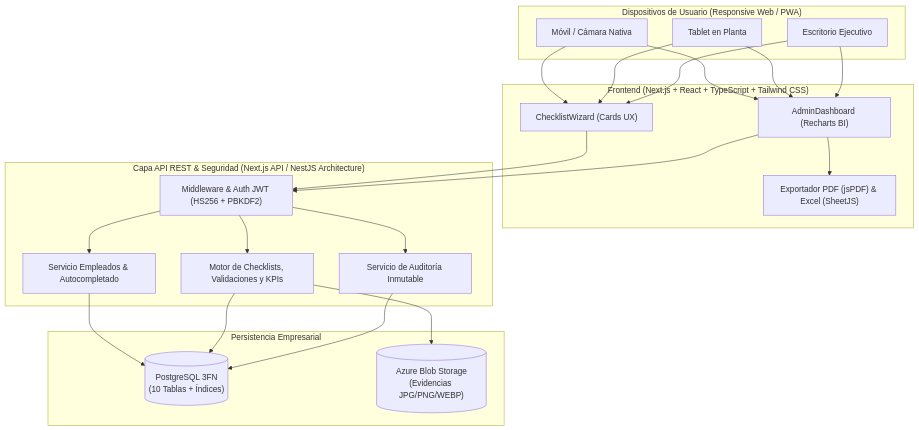
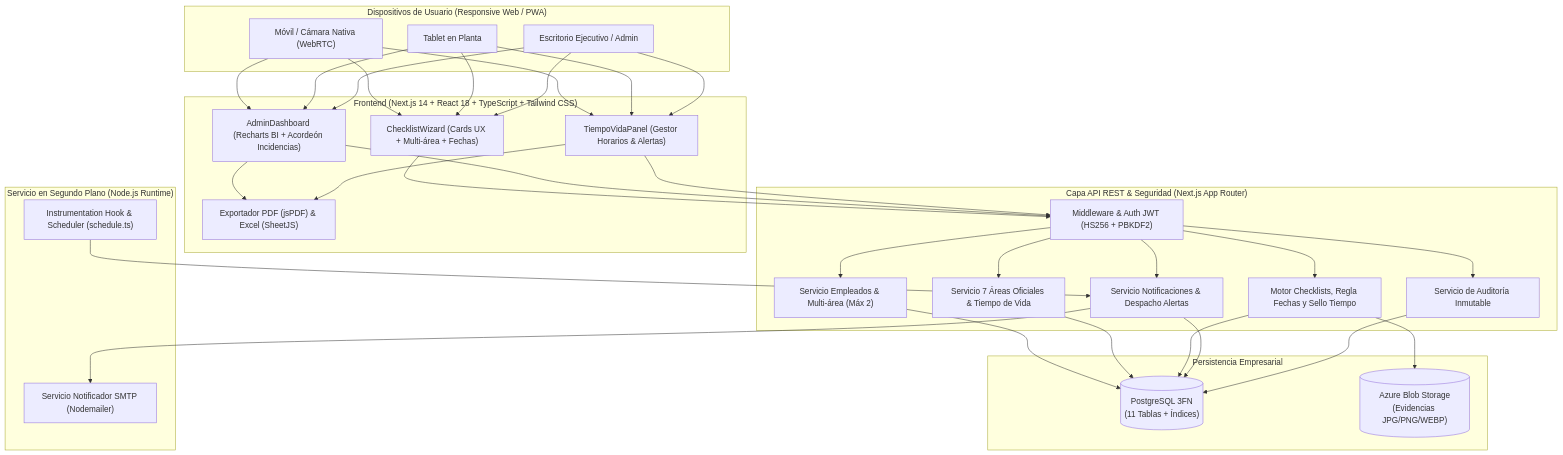
One commit to alexteori14/CheckList changed the first of 3 diagrams in DOCUMENTACION_ARQUITECTURA.md. Above: the diagram before and after it, drawn with Mermaid. The commit also changed other lines of this file and 3 other files, not shown here.

Commit message:
docs: actualizar memoria, modelo ER y documentacion arquitectonica con las 7 areas, multi-area, politicas de fechas, tiempo de vida y notificaciones SMTP

````diff
--- a/DOCUMENTACION_ARQUITECTURA.md
+++ b/DOCUMENTACION_ARQUITECTURA.md
@@ -116,33 +123,43 @@
 ```mermaid
 flowchart TB
     subgraph Clientes["Dispositivos de Usuario (Responsive Web / PWA)"]
-        M["Móvil / Cámara Nativa"]
+        M["Móvil / Cámara Nativa (WebRTC)"]
         T["Tablet en Planta"]
-        D["Escritorio Ejecutivo"]
+        D["Escritorio Ejecutivo / Admin"]
     end
 
-    subgraph Frontend["Frontend (Next.js + React + TypeScript + Tailwind CSS)"]
-        CW["ChecklistWizard (Cards UX)"]
-        AD["AdminDashboard (Recharts BI)"]
+    subgraph Frontend["Frontend (Next.js 14 + React 18 + TypeScript + Tailwind CSS)"]
+        CW["ChecklistWizard (Cards UX + Multi-área + Fechas)"]
+        AD["AdminDashboard (Recharts BI + Acordeón Incidencias)"]
+        TVP["TiempoVidaPanel (Gestor Horarios & Alertas)"]
         EX["Exportador PDF (jsPDF) & Excel (SheetJS)"]
     end
 
-    subgraph Backend["Capa API REST & Seguridad (Next.js API / NestJS Architecture)"]
+    subgraph Background["Servicio en Segundo Plano (Node.js Runtime)"]
+        SCHED["Instrumentation Hook & Scheduler (schedule.ts)"]
+        SMTP["Servicio Notificador SMTP (Nodemailer)"]
+    end
+
+    subgraph Backend["Capa API REST & Seguridad (Next.js App Router)"]
         JWT["Middleware & Auth JWT (HS256 + PBKDF2)"]
-        EMP["Servicio Empleados & Autocompletado"]
-        CHK["Motor de Checklists, Validaciones y KPIs"]
+        EMP["Servicio Empleados & Multi-área (Máx 2)"]
+        AREAS["Servicio 7 Áreas Oficiales & Tiempo de Vida"]
+        CHK["Motor Checklists, Regla Fechas y Sello Tiempo"]
+        NOTIF["Servicio Notificaciones & Despacho Alertas"]
         AUD["Servicio de Auditoría Inmutable"]
     end
 
     subgraph Datos["Persistencia Empresarial"]
-        PG[("PostgreSQL 3FN\n(10 Tablas + Índices)")]
+        PG[("PostgreSQL 3FN\n(11 Tablas + Índices)")]
         BLOB[("Azure Blob Storage\n(Evidencias JPG/PNG/WEBP)")]
     end
 
-    M & T & D --> CW & AD
-    AD --> EX
-    CW & AD --> JWT
-    JWT --> EMP & CHK & AUD
-    EMP & CHK & AUD --> PG
+    M & T & D --> CW & AD & TVP
+    AD & TVP --> EX
+    CW & AD & TVP --> JWT
+    JWT --> EMP & AREAS & CHK & NOTIF & AUD
+    EMP & AREAS & CHK & NOTIF & AUD --> PG
     CHK --> BLOB
+    SCHED --> NOTIF
+    NOTIF --> SMTP
 ```
````
